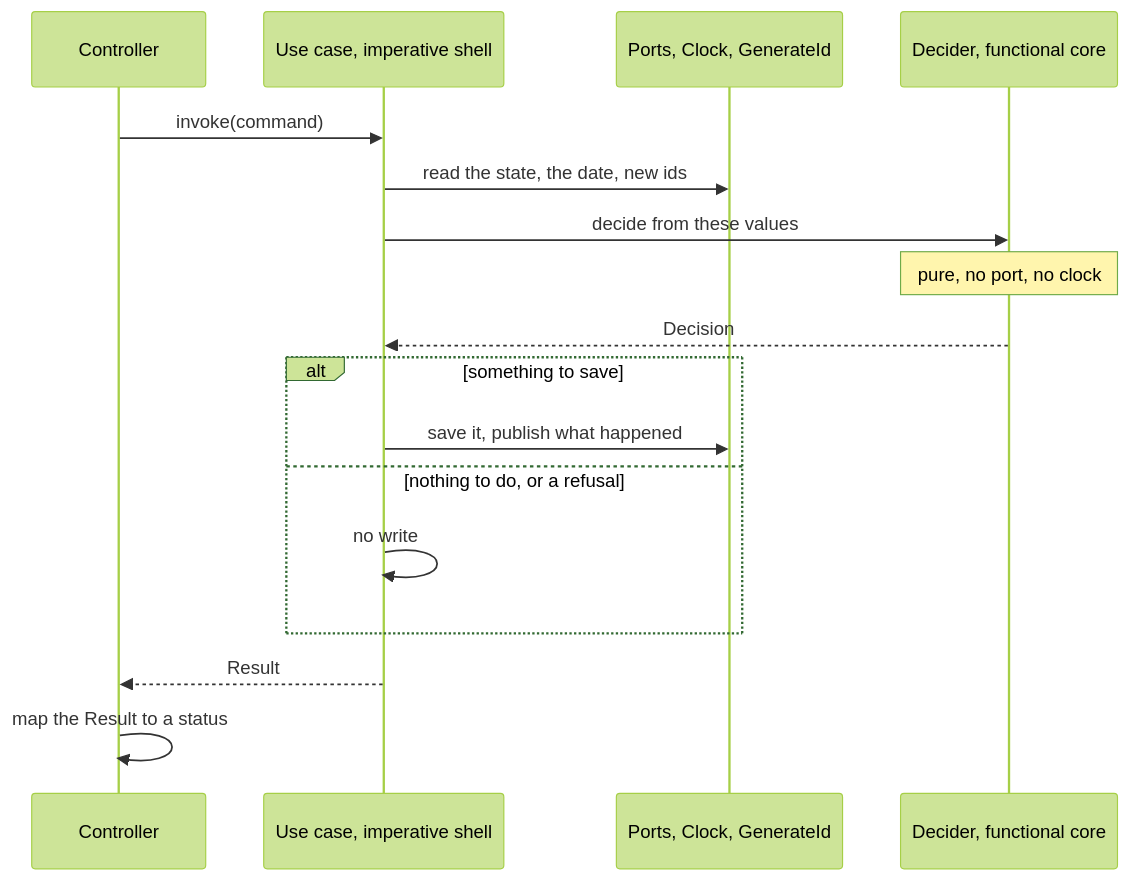
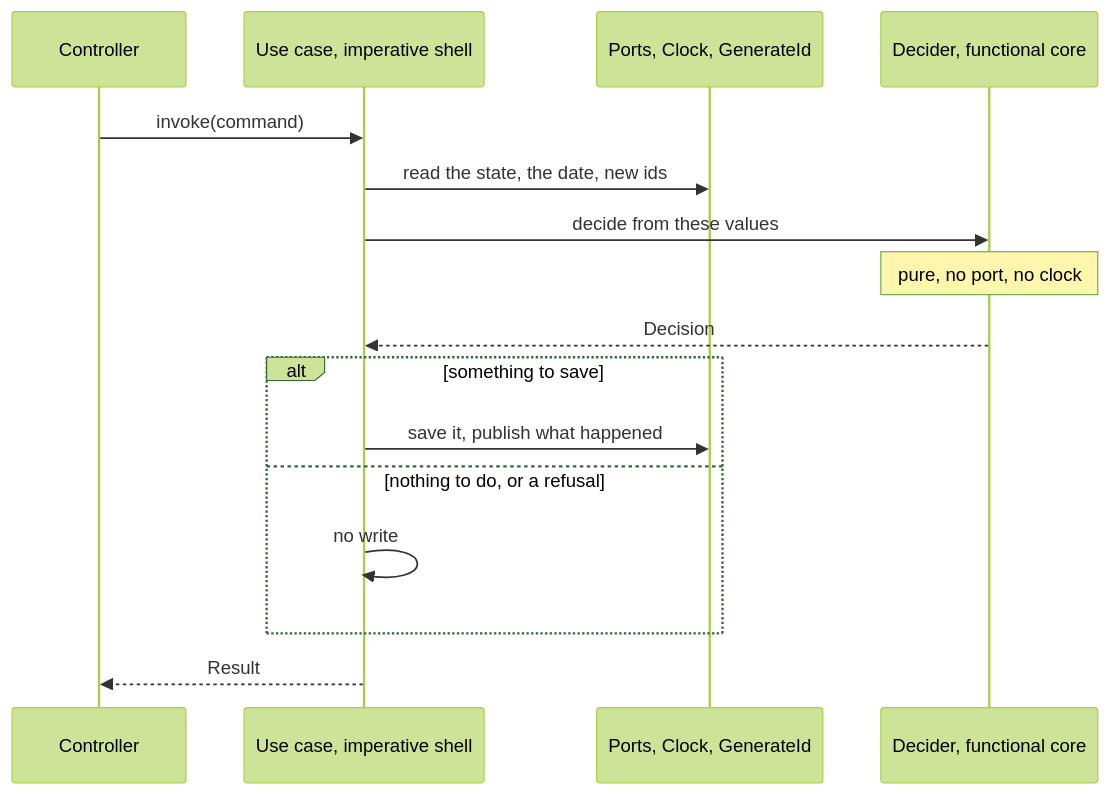
Before and after one commit to mboisnard/drinkit: the third of 3 diagrams in docs/src/engineering/architecture/clean-architecture.md, drawn with Mermaid (forest theme). The commit also changed other lines of this file and 1 other file, not shown here.

First line of the commit message:
[DOCUMENTATION] Draw the rings of Clean Architecture and keep its core optional (#537)

````diff
--- a/docs/src/engineering/architecture/clean-architecture.md
+++ b/docs/src/engineering/architecture/clean-architecture.md
@@ -80,19 +105,18 @@
 ```mermaid
 sequenceDiagram
   participant C as Controller
   participant UC as Use case, imperative shell
   participant P as Ports, Clock, GenerateId
   participant D as Decider, functional core
   C->>UC: invoke(command)
   UC->>P: read the state, the date, new ids
   UC->>D: decide from these values
   Note over D: pure, no port, no clock
   D-->>UC: Decision
   alt something to save
     UC->>P: save it, publish what happened
   else nothing to do, or a refusal
     UC->>UC: no write
   end
   UC-->>C: Result
-  C->>C: map the Result to a status
 ```
````
